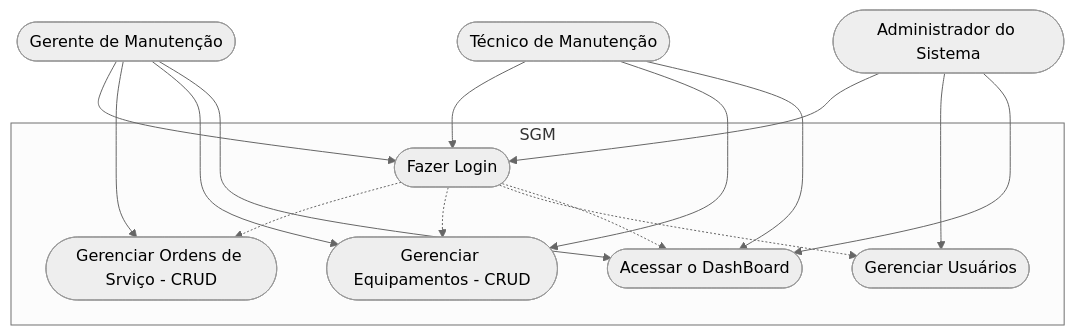
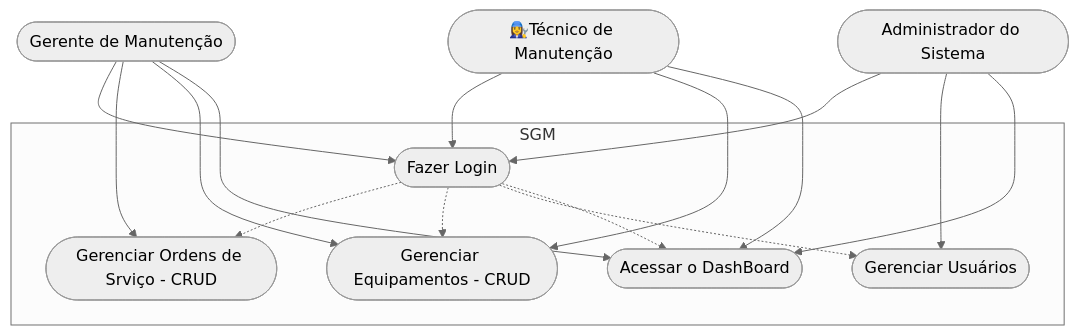
Before and after one commit to endrew444/frontEnd: the second of 2 diagrams in frameworks/Next/formativa-sgm/README.md, drawn with Mermaid (neutral theme). The commit also changed other lines of this file, not shown here.

````diff
--- a/frameworks/Next/formativa-sgm/README.md
+++ b/frameworks/Next/formativa-sgm/README.md
@@ -98,35 +98,35 @@
 ```mermaid
 
 graph TD
 
     subgraph "SGM"
         caso1([Fazer Login])
         caso2([Gerenciar Ordens de Srviço - CRUD])
         caso3([Gerenciar Equipamentos - CRUD])
         caso4([Gerenciar Usuários])
         caso5([Acessar o DashBoard])
     end
 
-    Tecnico([Técnico de Manutenção])
+    Tecnico([👩‍🔧Técnico de Manutenção])
     Gerente([Gerente de Manutenção])
     Admin([Administrador do Sistema])
 
     Tecnico --> caso1
     Tecnico --> caso3
     Tecnico --> caso5
 
     Gerente --> caso1
     Gerente --> caso2
     Gerente --> caso3
     Gerente --> caso5
 
     Admin --> caso1
     Admin --> caso4
     Admin --> caso5
 
     
     caso1 -.-> caso2
     caso1 -.-> caso3
     caso1 -.-> caso4
     caso1 -.-> caso5
 ```
````
